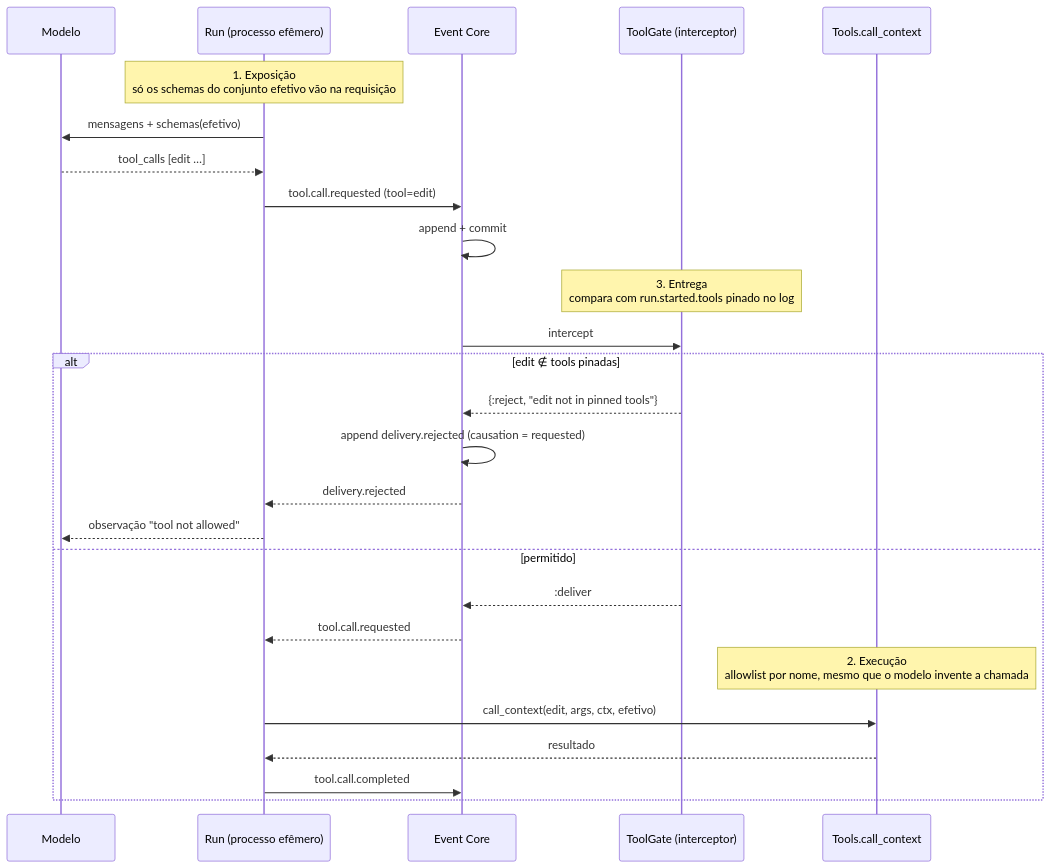
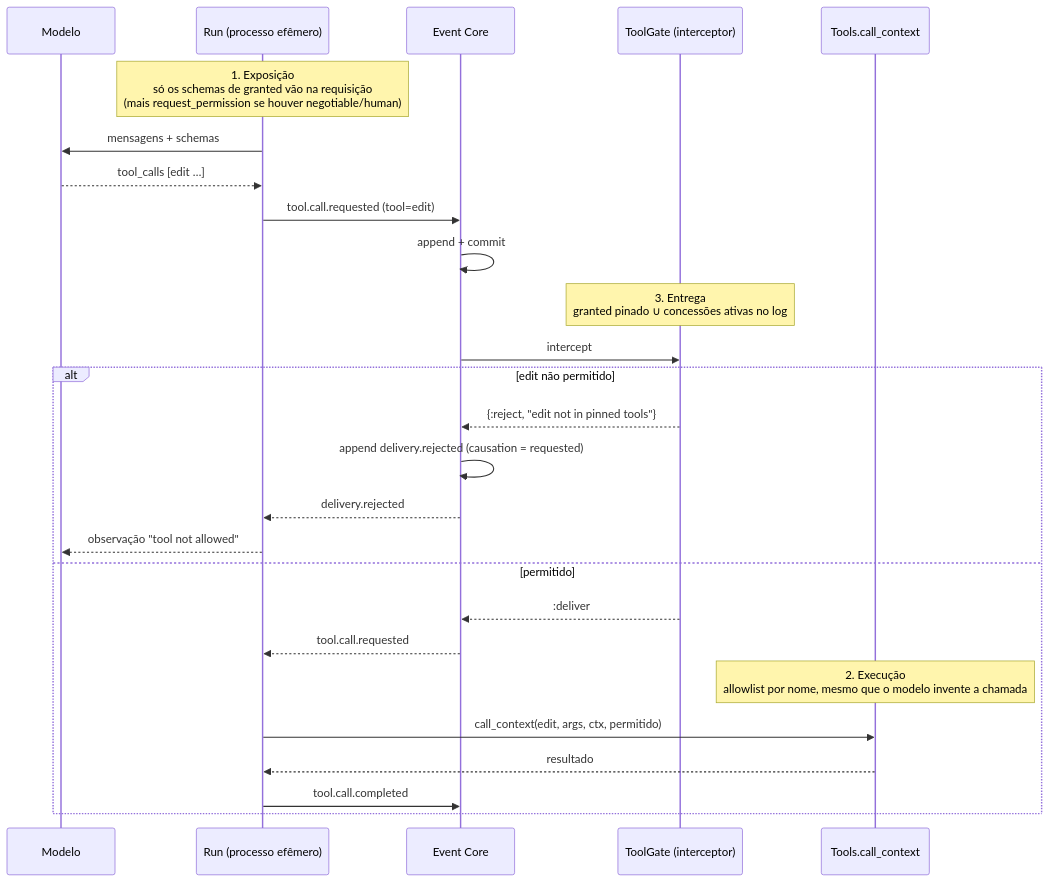
One commit to This-Is-NPC/omunculus changed the second of 4 diagrams in docs/to-be/tool-policy.md. Above: the diagram before and after it, drawn with Mermaid. The commit also changed other lines of this file and 1 other file, not shown here.

````diff
--- a/docs/to-be/tool-policy.md
+++ b/docs/to-be/tool-policy.md
@@ -85,29 +184,29 @@
 ```mermaid
 sequenceDiagram
     participant M as Modelo
     participant R as Run (processo efêmero)
     participant EC as Event Core
     participant G as ToolGate (interceptor)
     participant T as Tools.call_context
 
-    Note over R: 1. Exposição<br/>só os schemas do conjunto efetivo vão na requisição
-    R->>M: mensagens + schemas(efetivo)
+    Note over R: 1. Exposição<br/>só os schemas de granted vão na requisição<br/>(mais request_permission se houver negotiable/human)
+    R->>M: mensagens + schemas
     M-->>R: tool_calls [edit …]
     R->>EC: tool.call.requested (tool=edit)
     EC->>EC: append + commit
-    Note over G: 3. Entrega<br/>compara com run.started.tools pinado no log
+    Note over G: 3. Entrega<br/>granted pinado ∪ concessões ativas no log
     EC->>G: intercept
-    alt edit ∉ tools pinadas
+    alt edit não permitido
         G-->>EC: {:reject, "edit not in pinned tools"}
         EC->>EC: append delivery.rejected (causation = requested)
         EC-->>R: delivery.rejected
         R-->>M: observação "tool not allowed"
     else permitido
         G-->>EC: :deliver
         EC-->>R: tool.call.requested
         Note over T: 2. Execução<br/>allowlist por nome, mesmo que o modelo invente a chamada
-        R->>T: call_context(edit, args, ctx, efetivo)
+        R->>T: call_context(edit, args, ctx, permitido)
         T-->>R: resultado
         R->>EC: tool.call.completed
     end
 ```
````
